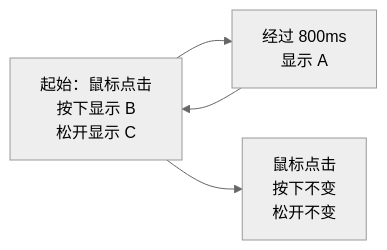
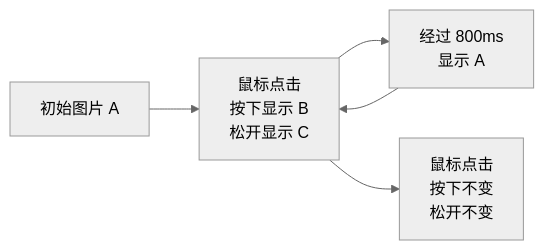
The fourth of 4 diagrams in .agent/notes/avatar-tool-user-created-general-implementation.md (yiyiyiyiGKY/N.E.K.O), drawn with Mermaid (neutral theme) before and after one commit. The commit also changed other lines of this file and 30 other files, not shown here.

````diff
--- a/.agent/notes/avatar-tool-user-created-general-implementation.md
+++ b/.agent/notes/avatar-tool-user-created-general-implementation.md
@@ -493,9 +504,11 @@
 ```mermaid
 flowchart LR
-    I1[起始：鼠标点击<br/>按下显示 B<br/>松开显示 C]
+    A[初始图片 A]
+    I1[鼠标点击<br/>按下显示 B<br/>松开显示 C]
     I2[经过 800ms<br/>显示 A]
     I3[鼠标点击<br/>按下不变<br/>松开不变]
+    A --> I1
     I1 --> I2
     I1 --> I3
     I2 --> I1
 ```
````
